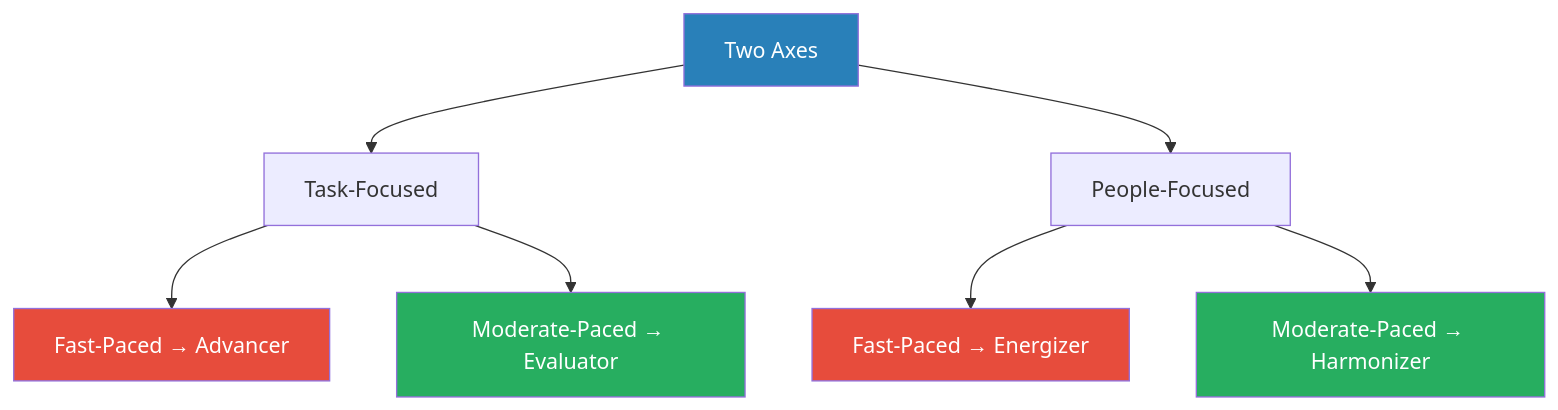
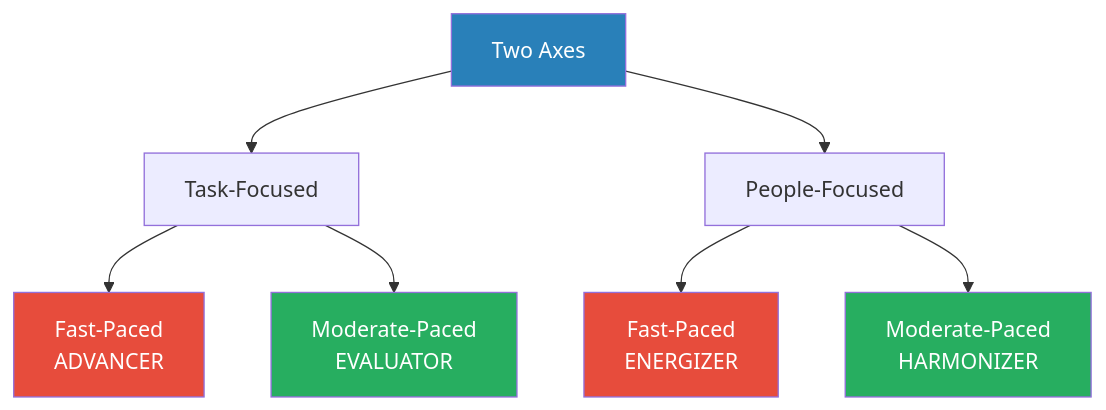
The second of 6 diagrams in summaries/Workplace Navigation/Managing Up - Mary Abbajay.md (alius33/reader), drawn with Mermaid before and after one commit. The commit also changed other lines of this file and 272 other files, not shown here.

````diff
--- a/summaries/Workplace Navigation/Managing Up - Mary Abbajay.md
+++ b/summaries/Workplace Navigation/Managing Up - Mary Abbajay.md
@@ -184,14 +214,14 @@
 ```mermaid
 flowchart TB
     A[Two Axes] --> B[Task-Focused]
     A --> C[People-Focused]
-    B --> D[Fast-Paced → Advancer]
-    B --> E[Moderate-Paced → Evaluator]
-    C --> F[Fast-Paced → Energizer]
-    C --> G[Moderate-Paced → Harmonizer]
+    B --> D[Fast-Paced<br>ADVANCER]
+    B --> E[Moderate-Paced<br>EVALUATOR]
+    C --> F[Fast-Paced<br>ENERGIZER]
+    C --> G[Moderate-Paced<br>HARMONIZER]
     style A fill:#2980b9,color:#fff
     style D fill:#e74c3c,color:#fff
     style E fill:#27ae60,color:#fff
     style F fill:#e74c3c,color:#fff
     style G fill:#27ae60,color:#fff
 ```
````
